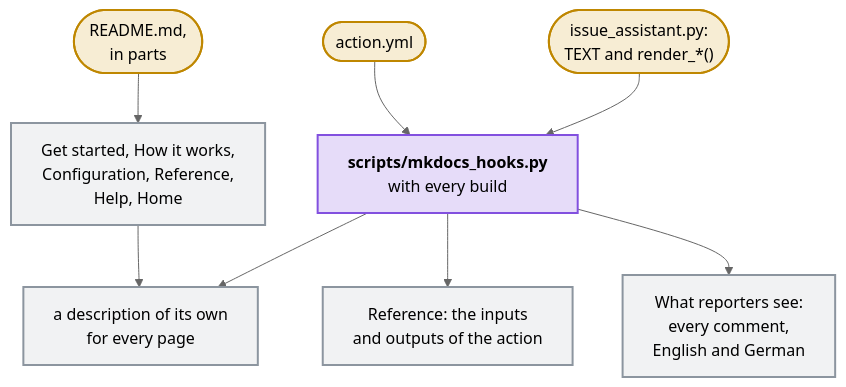
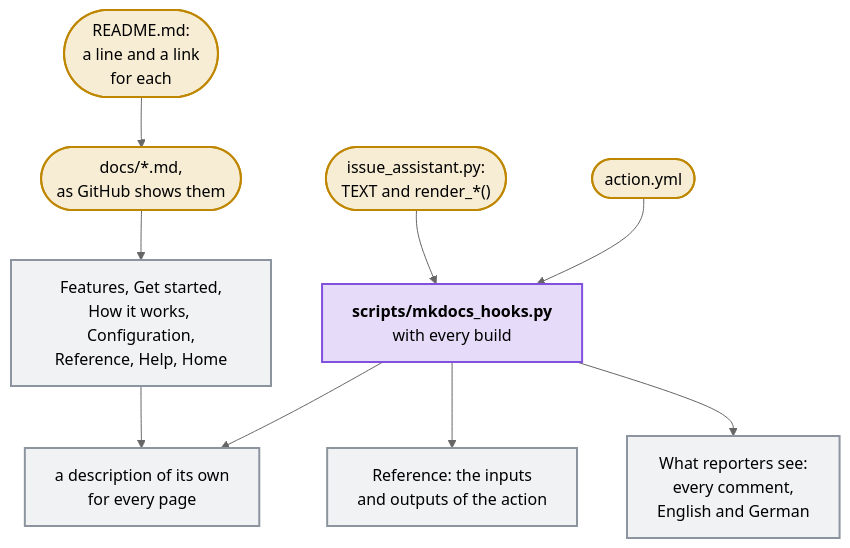
Before and after one commit to Dennis-Otto/issue-assistant: the diagram in docs/diagrams/where-the-pages-of-the-website-come-from.mmd, drawn with Mermaid (neutral theme). The commit also changed 60 other files, not shown here.

First line of the commit message:
docs: a README that reads on a phone, and a page for each feature on the website (#220)

```diff
--- a/docs/diagrams/where-the-pages-of-the-website-come-from.mmd
+++ b/docs/diagrams/where-the-pages-of-the-website-come-from.mmd
@@ -1,16 +1,17 @@
 flowchart TB
   accTitle: Where the pages of the website come from
-  accDescr: The parts of the README become the pages Get started, How it works, Configuration, Reference, Help and the quick start of the home page. The hook of the website makes every comment of What reporters see from the functions and texts of issue_assistant.py, and the tables of the inputs and outputs on the Reference from action.yml. Every page gets a description of its own, from its front matter or its first paragraph.
-  readme(["README.md,<br>in parts"]) --> pages["Get started, How it works,<br>Configuration, Reference,<br>Help, Home"]
+  accDescr: The Markdown files in docs/ become the pages of the website, among them a page for each feature, and read the same on GitHub; the README keeps a line and a link for each. The hook of the website makes every comment of What reporters see from the functions and texts of issue_assistant.py, and the tables of the inputs and outputs on the Reference from action.yml. Every page gets a description of its own, from its front matter or its first paragraph.
+  readme(["README.md:<br>a line and a link<br>for each"]) --> markdown(["docs/*.md,<br>as GitHub shows them"])
+  markdown --> pages["Features, Get started,<br>How it works, Configuration,<br>Reference, Help, Home"]
   script(["issue_assistant.py:<br>TEXT and render_*()"]) --> hook
   action(["action.yml"]) --> hook
   hook["`**scripts/mkdocs_hooks.py**<br>with every build`"] --> comments["What reporters see:<br>every comment,<br>English and German"]
   hook --> tables["Reference: the inputs<br>and outputs of the action"]
   hook --> described["a description of its own<br>for every page"]
   pages --> described
   classDef source fill:#d4a72c33,stroke:#bf8700,stroke-width:2px
   classDef code fill:#8250df33,stroke:#8250df,stroke-width:2px
   classDef page fill:#8c959f1f,stroke:#8c959f,stroke-width:2px
-  class readme,script,action source
+  class readme,markdown,script,action source
   class hook code
   class pages,comments,tables,described page
```
